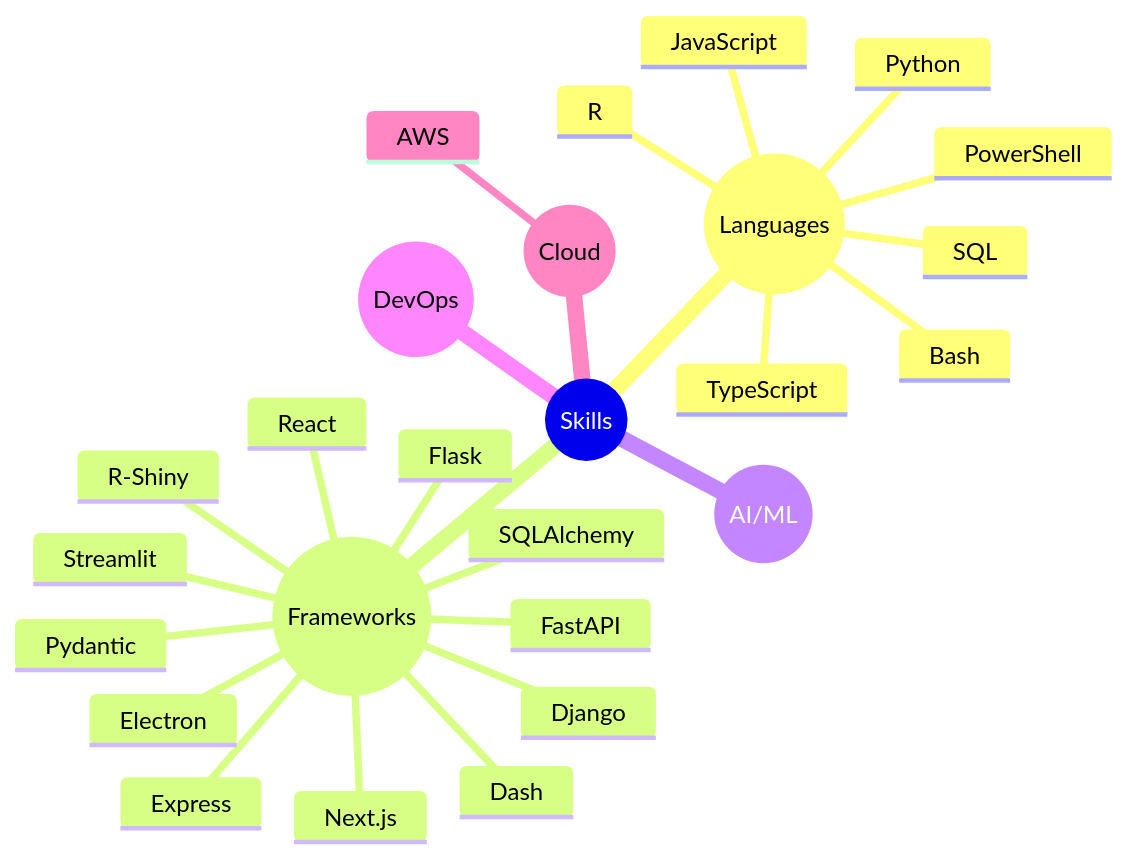
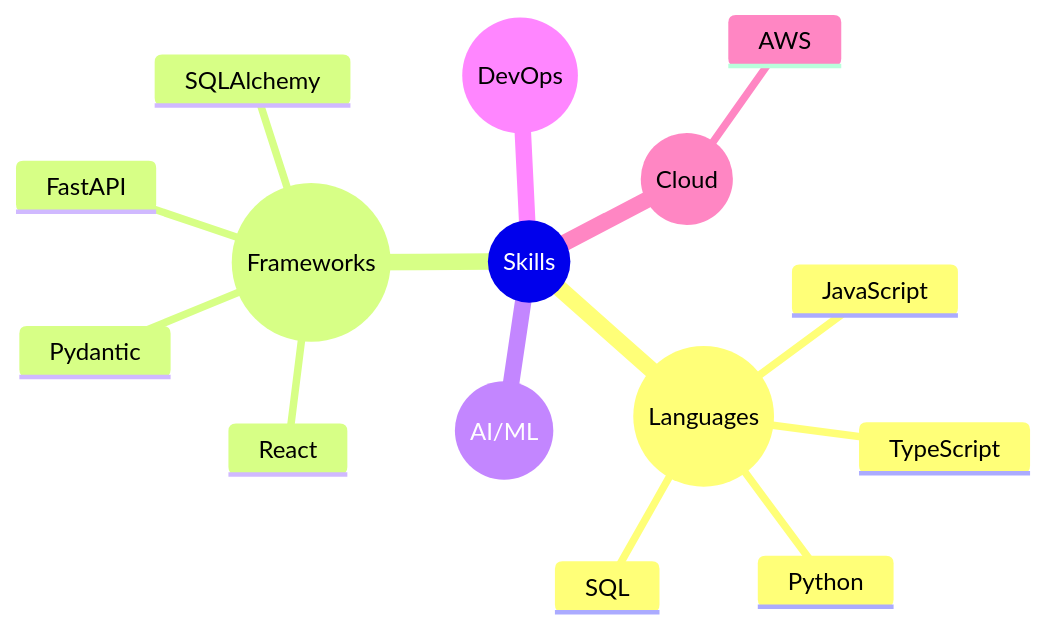
Before and after one commit to j-gonzdev/j-gonzdev: the diagram in README.md, drawn with Mermaid.

````diff
--- a/README.md
+++ b/README.md
@@ -5,29 +5,18 @@
 ```mermaid
 mindmap
   root((Skills))
     ((Languages))
       Python
       JavaScript
       TypeScript
-      R
       SQL
-      Bash
-      PowerShell
     ((Frameworks))
       React
-      Flask
-      Django
       FastAPI
-      Express
-      Electron
-      Next.js
-      Dash
-      R-Shiny
-      Streamlit
       Pydantic
       SQLAlchemy
     ((AI/ML))
     ((DevOps))
     ((Cloud))
       AWS
 ```
````
